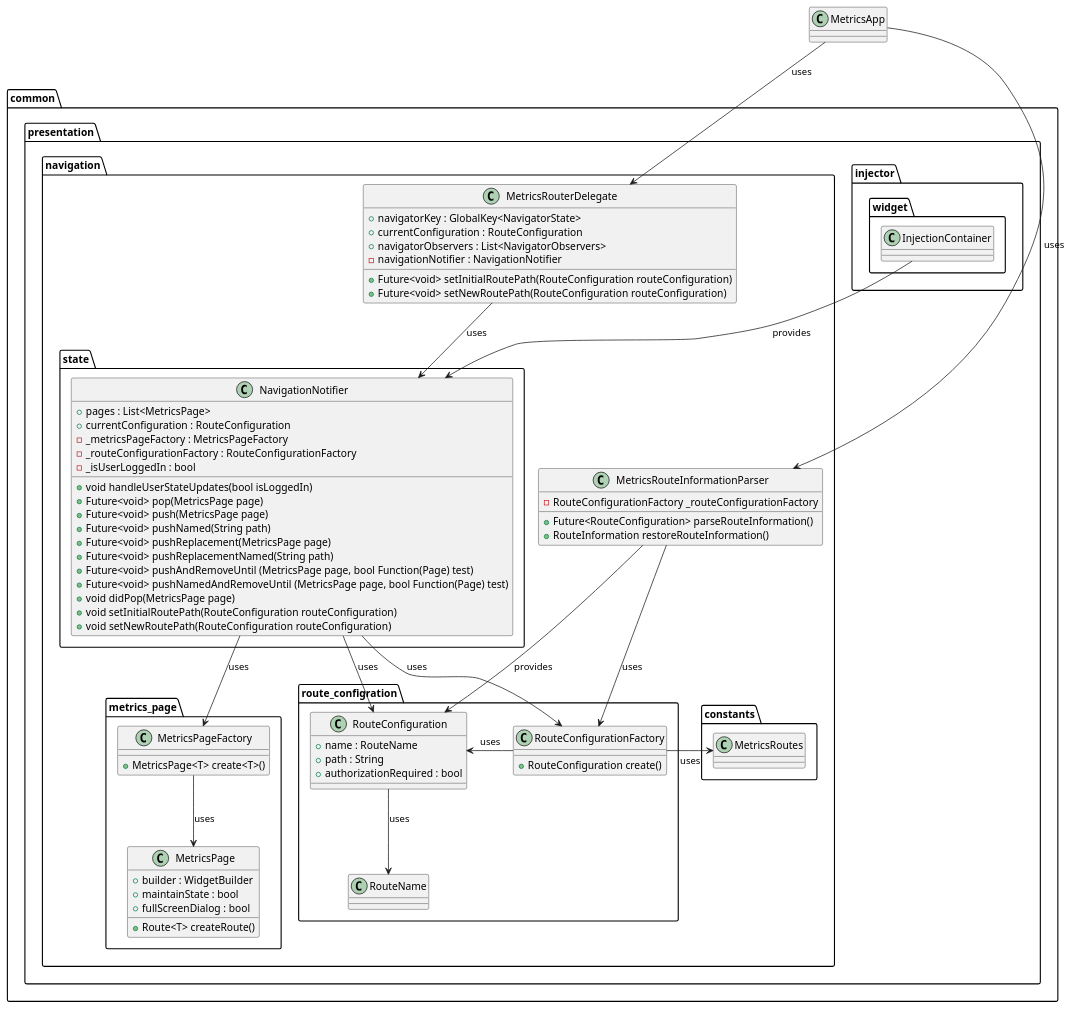
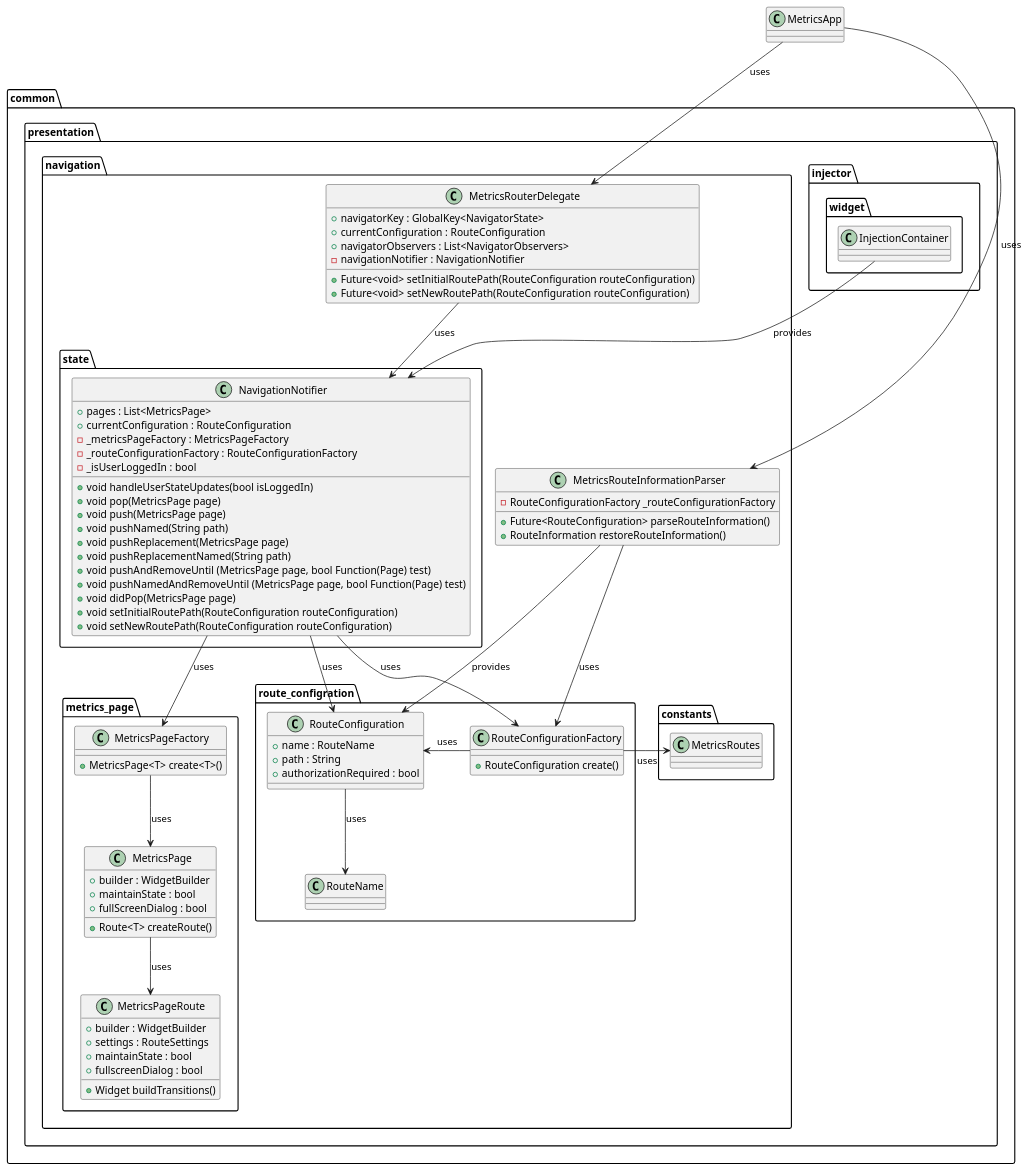
The diagram in metrics/web/docs/features/navigation/diagrams/navigation_class_diagram.puml (Flank/flank-dashboard), drawn with PlantUML before and after one commit. The commit also changed 1 other file, not shown here.

```diff
--- a/metrics/web/docs/features/navigation/diagrams/navigation_class_diagram.puml
+++ b/metrics/web/docs/features/navigation/diagrams/navigation_class_diagram.puml
@@ -1,104 +1,114 @@
 @startuml navigation_class_diagram
 
 class MetricsApp {}
 
 package common.presentation {
 
     package injector.widget {
         class InjectionContainer {}
     }
 
     package navigation {
 
         package route_configration {
             class RouteName {
             }
 
             class RouteConfiguration {
                 + name : RouteName
                 + path : String
                 + authorizationRequired : bool
             }
 
             class RouteConfigurationFactory {
                 + RouteConfiguration create()
             }
         }
         class MetricsRouteInformationParser {
             - RouteConfigurationFactory _routeConfigurationFactory
             + Future<RouteConfiguration> parseRouteInformation()
             + RouteInformation restoreRouteInformation()
         }
         class MetricsRouterDelegate {
             + navigatorKey : GlobalKey<NavigatorState>
             + currentConfiguration : RouteConfiguration
             + navigatorObservers : List<NavigatorObservers>
             - navigationNotifier : NavigationNotifier
             + Future<void> setInitialRoutePath(RouteConfiguration routeConfiguration)
             + Future<void> setNewRoutePath(RouteConfiguration routeConfiguration)
         }
 
         package constants {
             class MetricsRoutes {}
         }
 
         package state {
             class NavigationNotifier {
                 + pages : List<MetricsPage>
                 + currentConfiguration : RouteConfiguration
                 - _metricsPageFactory : MetricsPageFactory
                 - _routeConfigurationFactory : RouteConfigurationFactory
                 - _isUserLoggedIn : bool
                 + void handleUserStateUpdates(bool isLoggedIn)
-                + Future<void> pop(MetricsPage page)
-                + Future<void> push(MetricsPage page)
-                + Future<void> pushNamed(String path)
-                + Future<void> pushReplacement(MetricsPage page)
-                + Future<void> pushReplacementNamed(String path)
-                + Future<void> pushAndRemoveUntil (MetricsPage page, bool Function(Page) test)
-                + Future<void> pushNamedAndRemoveUntil (MetricsPage page, bool Function(Page) test)
+                + void pop(MetricsPage page)
+                + void push(MetricsPage page)
+                + void pushNamed(String path)
+                + void pushReplacement(MetricsPage page)
+                + void pushReplacementNamed(String path)
+                + void pushAndRemoveUntil (MetricsPage page, bool Function(Page) test)
+                + void pushNamedAndRemoveUntil (MetricsPage page, bool Function(Page) test)
                 + void didPop(MetricsPage page)
                 + void setInitialRoutePath(RouteConfiguration routeConfiguration)
                 + void setNewRoutePath(RouteConfiguration routeConfiguration)
             }
         }
 
 
         package metrics_page {
             class MetricsPageFactory {
                 + MetricsPage<T> create<T>()
             }
 
             class MetricsPage {
                 + builder : WidgetBuilder
                 + maintainState : bool
                 + fullScreenDialog : bool
                 + Route<T> createRoute()
+            }
+
+            class MetricsPageRoute {
+                + builder : WidgetBuilder
+                + settings : RouteSettings
+                + maintainState : bool
+                + fullscreenDialog : bool
+                + Widget buildTransitions()
             }
         }
 
     }
 }
 
 InjectionContainer --> NavigationNotifier : provides
 
 MetricsApp --> MetricsRouteInformationParser :uses
 MetricsApp --> MetricsRouterDelegate : uses
 
 MetricsRouteInformationParser --> RouteConfiguration : provides
 MetricsRouteInformationParser --> RouteConfigurationFactory : uses
 
 RouteConfiguration --> RouteName : uses
 
 RouteConfigurationFactory -> RouteConfiguration : uses
 RouteConfigurationFactory -> MetricsRoutes : uses
 
 MetricsRouterDelegate --> NavigationNotifier : uses
 
 NavigationNotifier --> RouteConfigurationFactory : uses
 NavigationNotifier --> RouteConfiguration : uses
 NavigationNotifier --> MetricsPageFactory : uses
 
 MetricsPageFactory --> MetricsPage : uses
 
+MetricsPage --> MetricsPageRoute : uses
+
 @enduml
```
